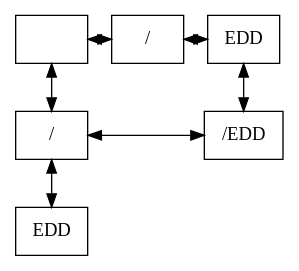
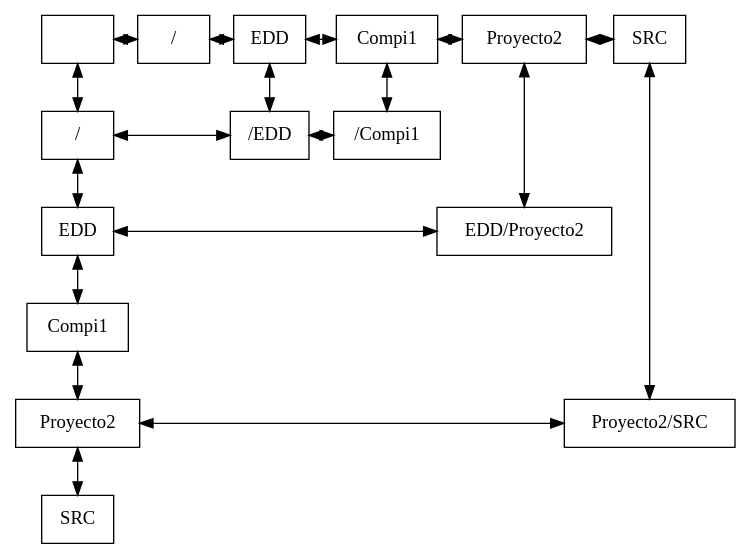
The diagram in Reportes/Matriz.dot (CSuy/EDD_2S2019_PY2_201700918), drawn with Graphviz before and after one commit. The commit also changed 7 other files, not shown here.

```diff
--- a/Reportes/Matriz.dot
+++ b/Reportes/Matriz.dot
@@ -1,27 +1,57 @@
 digraph guia{ 
  node[shape=box] 
  rankdir=UD; 
  {rank=min; 
 nodo00[label="" ,rankdir=LR, group=0]; 
 nodo10[label="/" ,rankdir=LR, group=1]; 
 nodo20[label="EDD" ,rankdir=LR, group=2]; 
+nodo30[label="Compi1" ,rankdir=LR, group=3]; 
+nodo40[label="Proyecto2" ,rankdir=LR, group=4]; 
+nodo50[label="SRC" ,rankdir=LR, group=5]; 
 } 
 {rank=same; 
 nodo00[label=" " , group=0]; 
 nodo10[label=" /" , group=1]; 
 nodo20[label=" EDD" , group=2]; 
+nodo30[label=" Compi1" , group=3]; 
+nodo40[label=" Proyecto2" , group=4]; 
+nodo50[label=" SRC" , group=5]; 
 } 
 {rank=same; 
 nodo01[label=" /" , group=0]; 
 nodo21[label=" /EDD" , group=2]; 
+nodo31[label=" /Compi1" , group=3]; 
 } 
 {rank=same; 
 nodo02[label=" EDD" , group=0]; 
+nodo42[label=" EDD/Proyecto2" , group=4]; 
+} 
+{rank=same; 
+nodo03[label=" Compi1" , group=0]; 
+} 
+{rank=same; 
+nodo04[label=" Proyecto2" , group=0]; 
+nodo54[label=" Proyecto2/SRC" , group=5]; 
+} 
+{rank=same; 
+nodo05[label=" SRC" , group=0]; 
 } 
 nodo00 -> nodo10[dir=both]; 
 nodo10 -> nodo20[dir=both]; 
+nodo20 -> nodo30[dir=both]; 
+nodo30 -> nodo40[dir=both]; 
+nodo40 -> nodo50[dir=both]; 
 nodo01 -> nodo21[dir=both]; 
+nodo21 -> nodo31[dir=both]; 
+nodo02 -> nodo42[dir=both]; 
+nodo04 -> nodo54[dir=both]; 
 nodo00 -> nodo01[dir=both]; 
 nodo01 -> nodo02[dir=both]; 
+nodo02 -> nodo03[dir=both]; 
+nodo03 -> nodo04[dir=both]; 
+nodo04 -> nodo05[dir=both]; 
 nodo20 -> nodo21[dir=both]; 
+nodo30 -> nodo31[dir=both]; 
+nodo40 -> nodo42[dir=both]; 
+nodo50 -> nodo54[dir=both]; 
 } 
```
